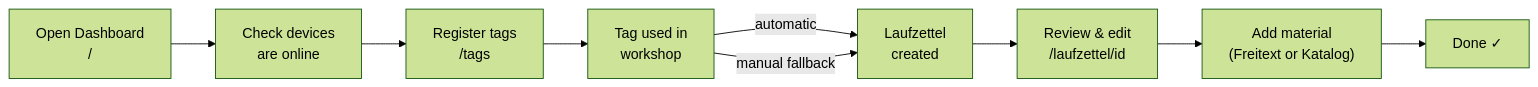
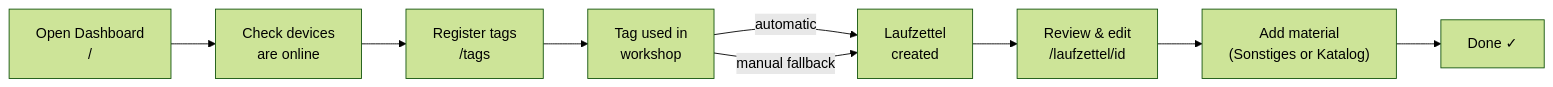
One commit to AlexErlewein/MakerPi_GroundControl changed the third of 3 diagrams in docs/00-overview.en.md. Above: the diagram before and after it, drawn with Mermaid (forest theme). The commit also changed other lines of this file and 16 other files, not shown here.

Commit message:
feat: changed UI to use Sonstiges instead of Freitext

````diff
--- a/docs/00-overview.en.md
+++ b/docs/00-overview.en.md
@@ -92,11 +92,11 @@
 ```mermaid
 flowchart LR
     A["Open Dashboard\n/ "] --> B["Check devices\nare online"]
     B --> C["Register tags\n/tags"]
     C --> D["Tag used in\nworkshop"]
     D -->|"automatic"| E["Laufzettel\ncreated"]
     D -->|"manual fallback"| E
     E --> F["Review & edit\n/laufzettel/id"]
-    F --> G["Add material\n(Freitext or Katalog)"]
+    F --> G["Add material\n(Sonstiges or Katalog)"]
     G --> H["Done ✓"]
 ```
````
